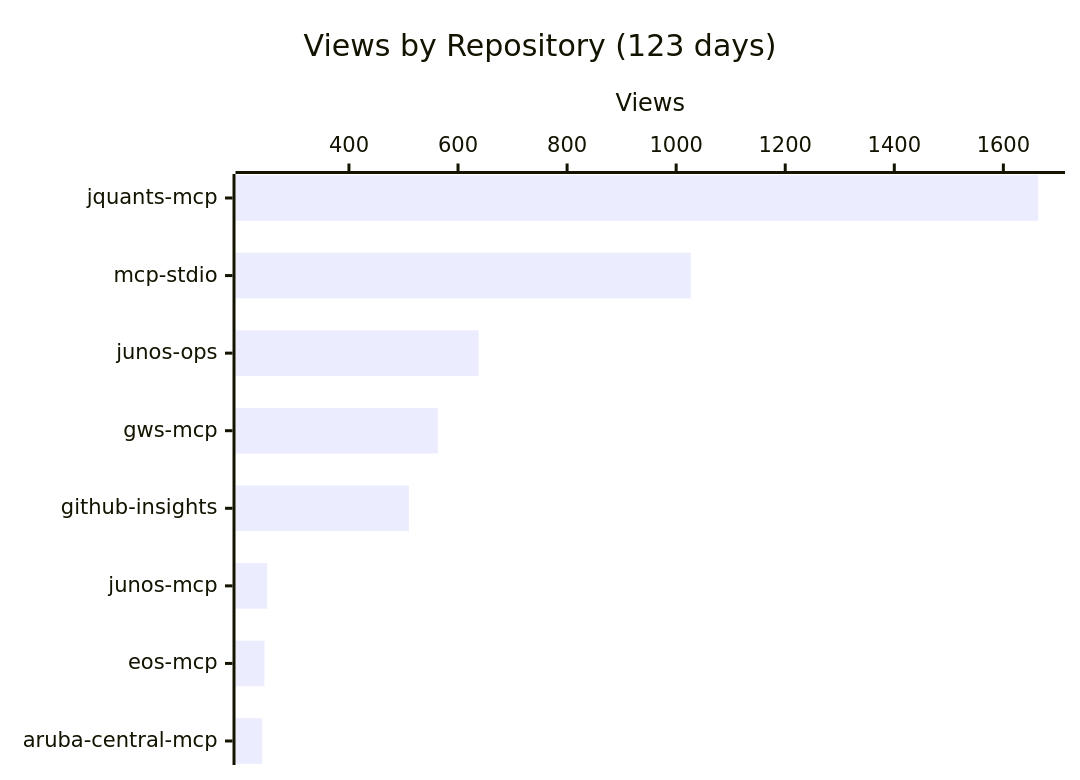
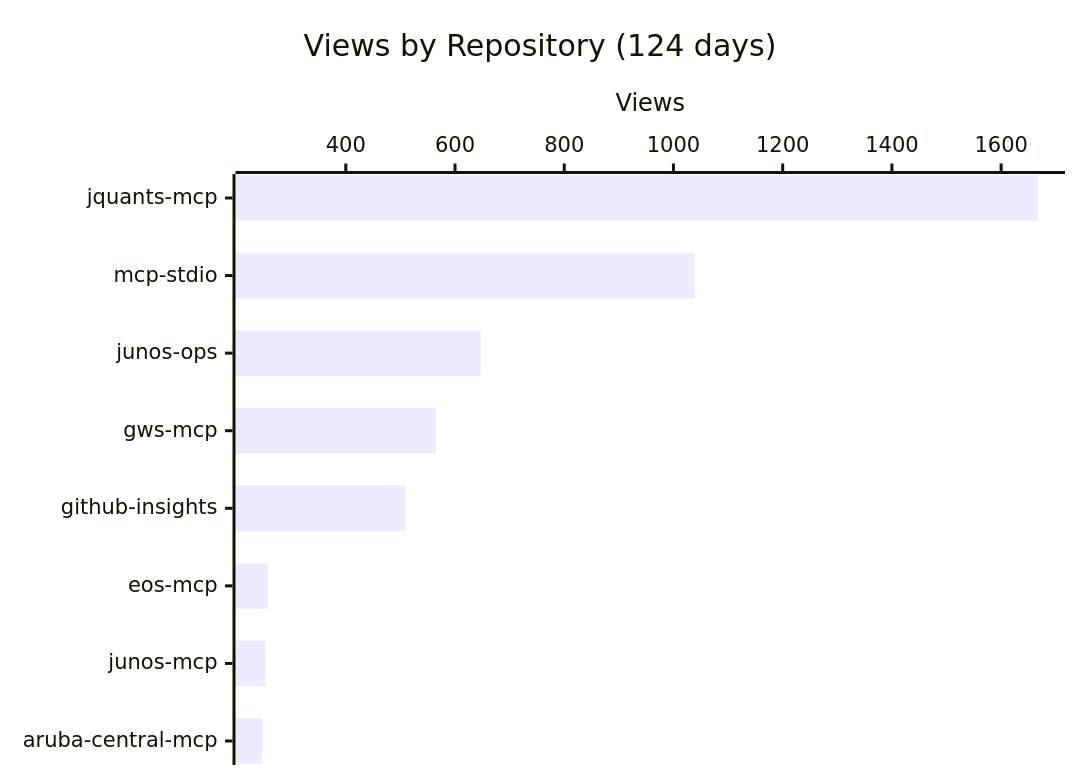
The first of 4 diagrams in README.md (shigechika/github-insights), drawn with Mermaid before and after one commit. The commit also changed other lines of this file and 2 other files, not shown here.

````diff
--- a/README.md
+++ b/README.md
@@ -18,7 +18,7 @@
 ```mermaid
 xychart-beta horizontal
-    title "Views by Repository (123 days)"
-    x-axis ["jquants-mcp", "mcp-stdio", "junos-ops", "gws-mcp", "github-insights", "junos-mcp", "eos-mcp", "aruba-central-mcp"]
+    title "Views by Repository (124 days)"
+    x-axis ["jquants-mcp", "mcp-stdio", "junos-ops", "gws-mcp", "github-insights", "eos-mcp", "junos-mcp", "aruba-central-mcp"]
     y-axis "Views"
-    bar [1664, 1027, 638, 563, 510, 250, 245, 241]
+    bar [1668, 1039, 647, 565, 510, 257, 253, 247]
 ```
````
